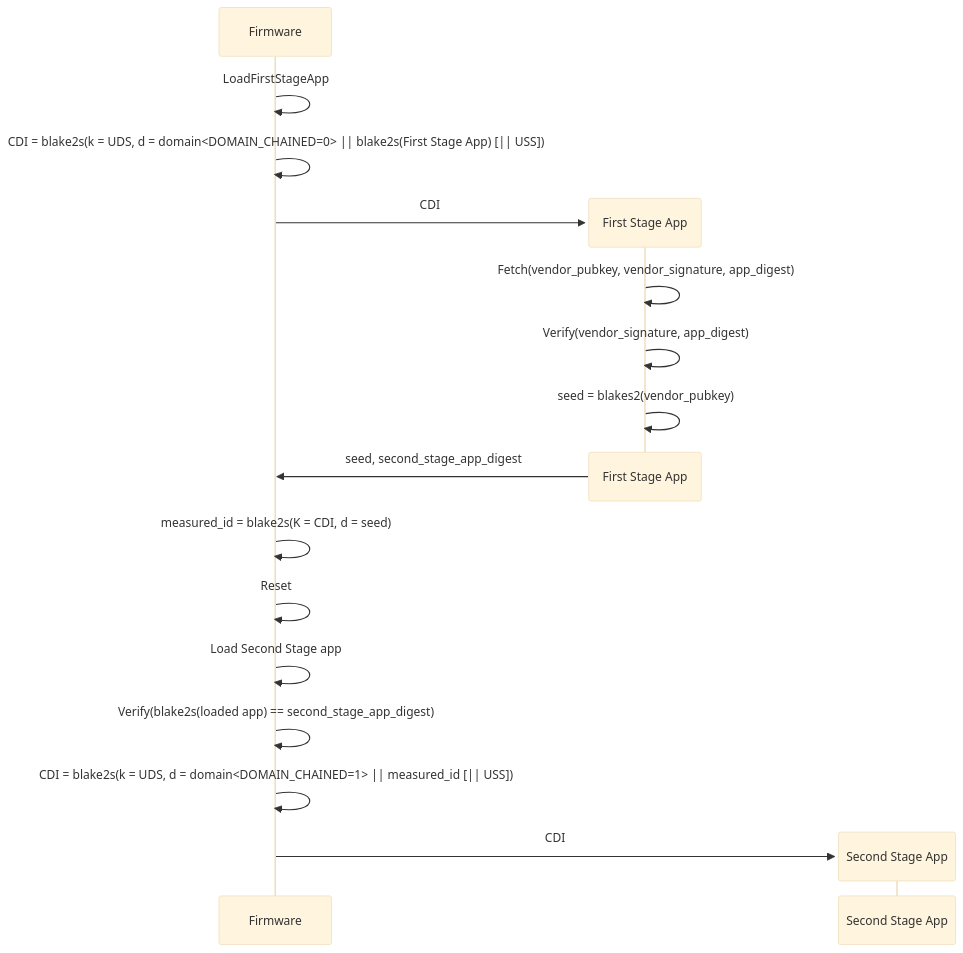
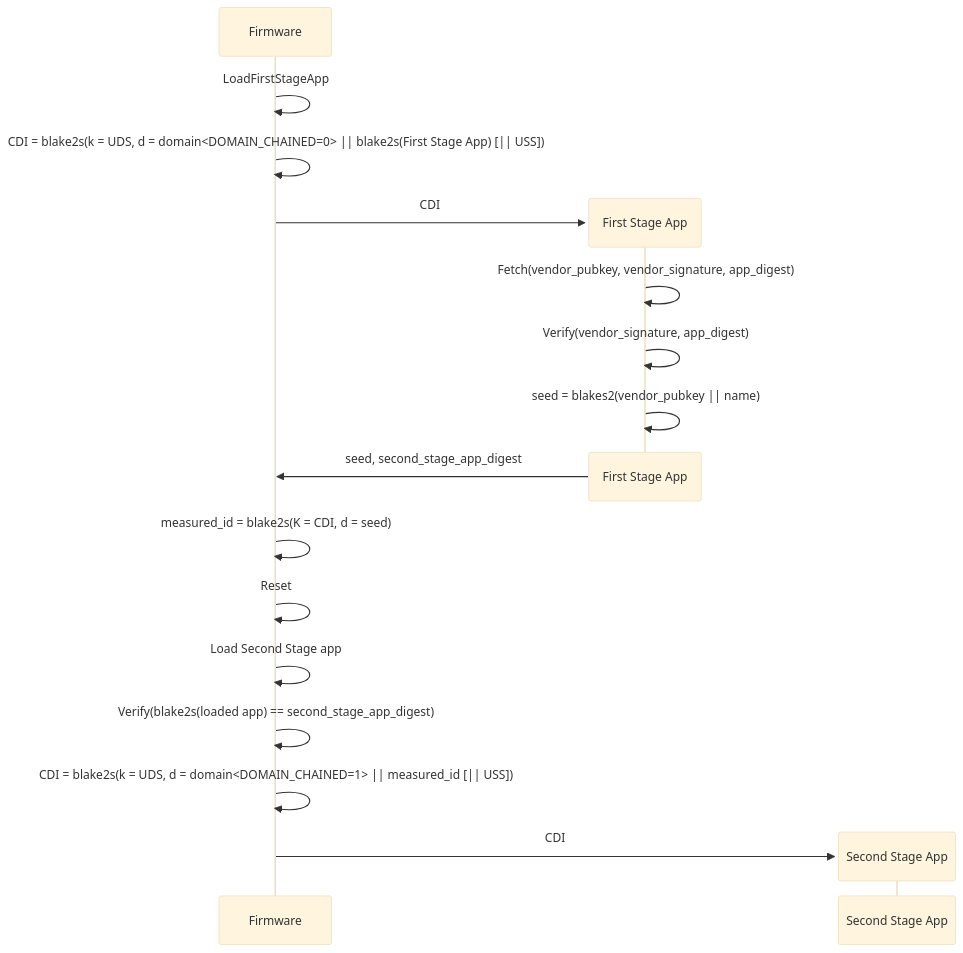
The first of 3 diagrams in doc/design.md (tillitis/tkey-boot-verifier), drawn with Mermaid (base theme) before and after one commit. The commit also changed other lines of this file, not shown here.

````diff
--- a/doc/design.md
+++ b/doc/design.md
@@ -163,19 +163,19 @@
 ```mermaid
 sequenceDiagram
     Firmware->>Firmware: LoadFirstStageApp
     Firmware->>Firmware: CDI = blake2s(k = UDS, d = domain<DOMAIN_CHAINED=0> || blake2s(First Stage App) [|| USS])
     create participant First Stage App
     Firmware->>First Stage App: CDI
     First Stage App->>First Stage App: Fetch(vendor_pubkey, vendor_signature, app_digest)
     First Stage App->>First Stage App: Verify(vendor_signature, app_digest)
-    First Stage App->>First Stage App: seed = blakes2(vendor_pubkey)
+    First Stage App->>First Stage App: seed = blakes2(vendor_pubkey || name)
     destroy First Stage App
     First Stage App->>Firmware: seed, second_stage_app_digest
     Firmware->>Firmware: measured_id = blake2s(K = CDI, d = seed)
     Firmware->>Firmware: Reset
     Firmware->>Firmware: Load Second Stage app
     Firmware->>Firmware: Verify(blake2s(loaded app) == second_stage_app_digest)
     Firmware->>Firmware: CDI = blake2s(k = UDS, d = domain<DOMAIN_CHAINED=1> || measured_id [|| USS])
     create participant Second Stage App
     Firmware->>Second Stage App: CDI
 ```
````
